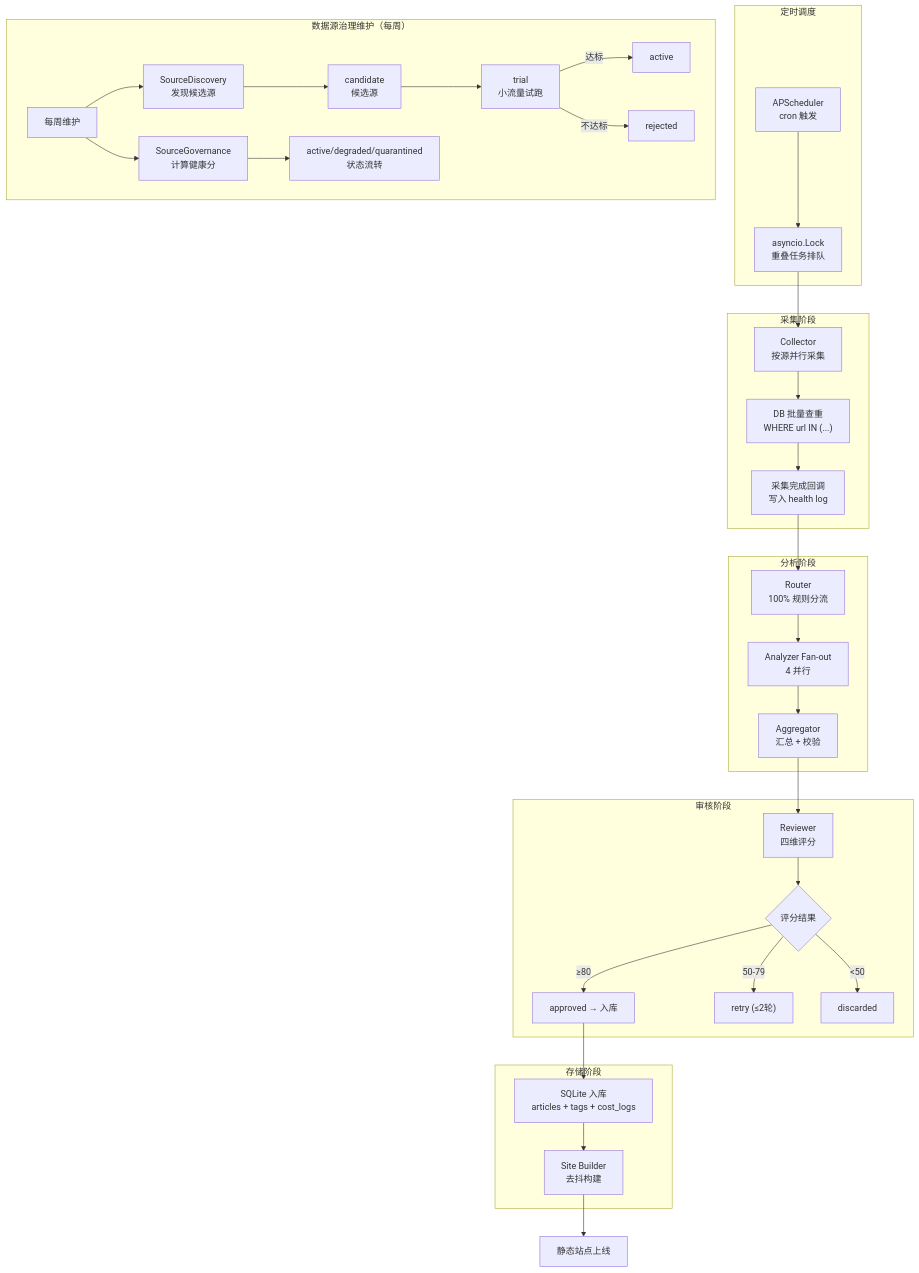
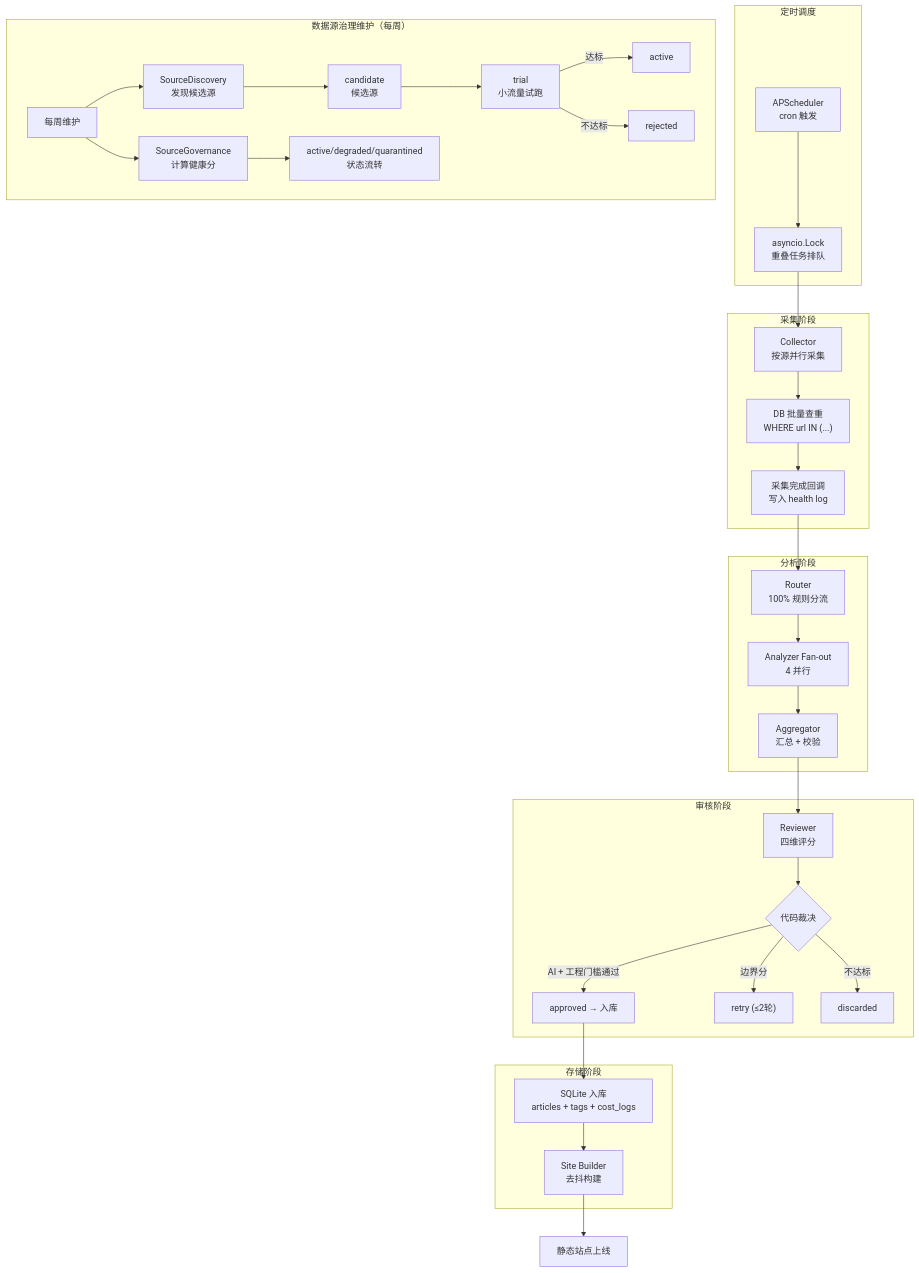
Before and after one commit to kangapp/ai-knowledge-base: the first of 5 diagrams in README.md, drawn with Mermaid. The commit also changed other lines of this file, not shown here.

````diff
--- a/README.md
+++ b/README.md
@@ -44,43 +44,43 @@
 ```mermaid
 flowchart TD
     subgraph Scheduler["定时调度"]
         A["APScheduler\ncron 触发"] --> B["asyncio.Lock\n重叠任务排队"]
     end
 
     subgraph Collection["采集阶段"]
         B --> C["Collector\n按源并行采集"]
         C --> D["DB 批量查重\nWHERE url IN (...)"]
         D --> E["采集完成回调\n写入 health log"]
     end
 
     subgraph Analysis["分析阶段"]
         E --> F["Router\n100% 规则分流"]
         F --> G["Analyzer Fan-out\n4 并行"]
         G --> H["Aggregator\n汇总 + 校验"]
     end
 
     subgraph Review["审核阶段"]
         H --> I["Reviewer\n四维评分"]
-        I --> J{"评分结果"}
-        J -->|≥80| K["approved → 入库"]
-        J -->|50-79| L["retry (≤2轮)"]
-        J -->|<50| M["discarded"]
+        I --> J{"代码裁决"}
+        J -->|AI + 工程门槛通过| K["approved → 入库"]
+        J -->|边界分| L["retry (≤2轮)"]
+        J -->|不达标| M["discarded"]
     end
 
     subgraph Storage["存储阶段"]
         K --> N["SQLite 入库\narticles + tags + cost_logs"]
         N --> O["Site Builder\n去抖构建"]
     end
 
     O --> P["静态站点上线"]
 
     subgraph Maintenance["数据源治理维护（每周）"]
         Q["每周维护"] --> R["SourceDiscovery\n发现候选源"]
         Q --> S["SourceGovernance\n计算健康分"]
         R --> T["candidate\n候选源"]
         T --> U["trial\n小流量试跑"]
         S --> V["active/degraded/quarantined\n状态流转"]
         U -->|达标| W["active"]
         U -->|不达标| X["rejected"]
     end
 ```
````
